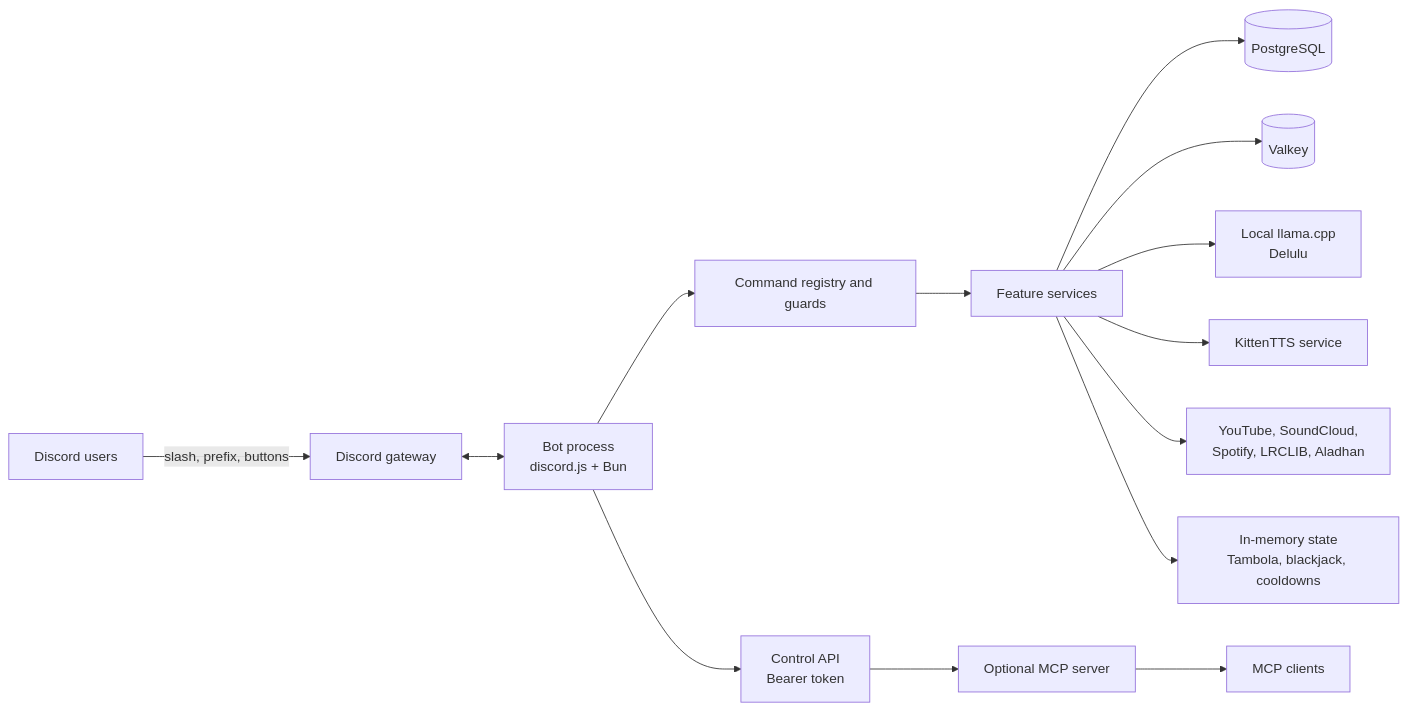
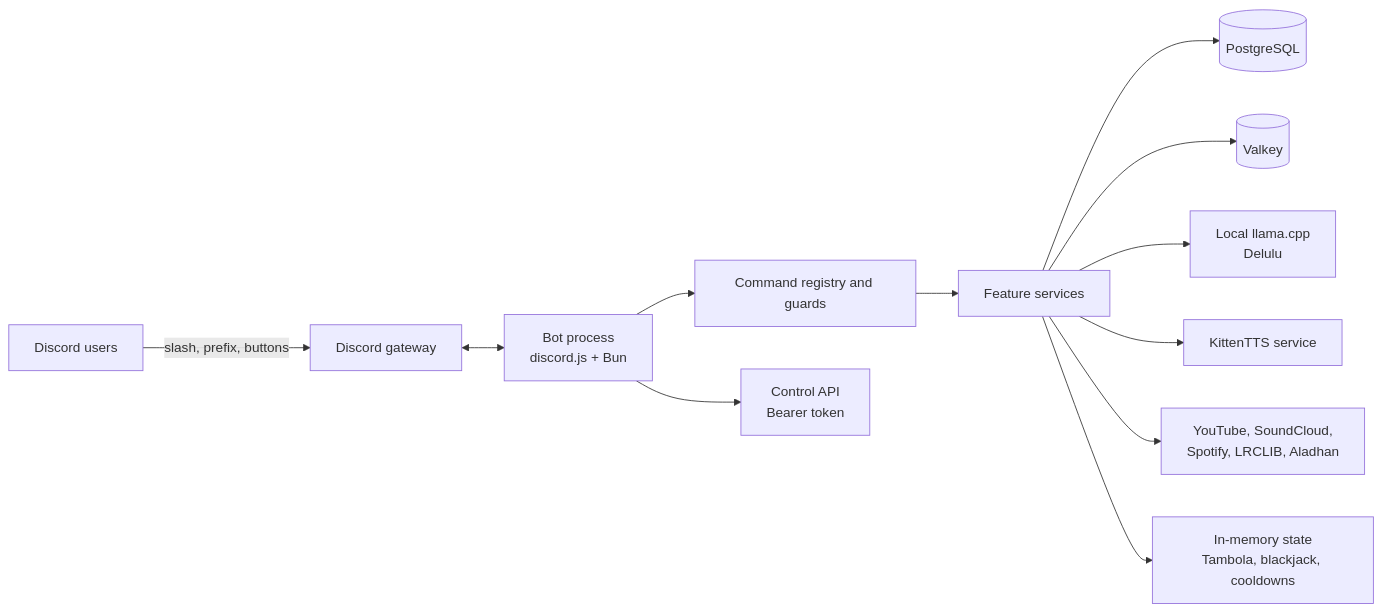
The diagram in README.md (DeathSurfing/siela-bot), drawn with Mermaid before and after one commit. The commit also changed other lines of this file and 39 other files, not shown here.

First line of the commit message:
chore: retire unused MCP server

````diff
--- a/README.md
+++ b/README.md
@@ -26,18 +26,16 @@
 ```mermaid
 flowchart LR
   U[Discord users] -->|slash, prefix, buttons| DG[Discord gateway]
   DG <--> BOT[Bot process<br/>discord.js + Bun]
 
   BOT --> REG[Command registry and guards]
   REG --> FEAT[Feature services]
   FEAT --> PG[(PostgreSQL)]
   FEAT --> VK[(Valkey)]
   FEAT --> LLM[Local llama.cpp<br/>Delulu]
   FEAT --> TTS[KittenTTS service]
   FEAT --> EXT[YouTube, SoundCloud,<br/>Spotify, LRCLIB, Aladhan]
   FEAT --> MEM[In-memory state<br/>Tambola, blackjack, cooldowns]
 
   BOT --> API[Control API<br/>Bearer token]
-  API --> MCP[Optional MCP server]
-  MCP --> CLIENT[MCP clients]
 ```
````
